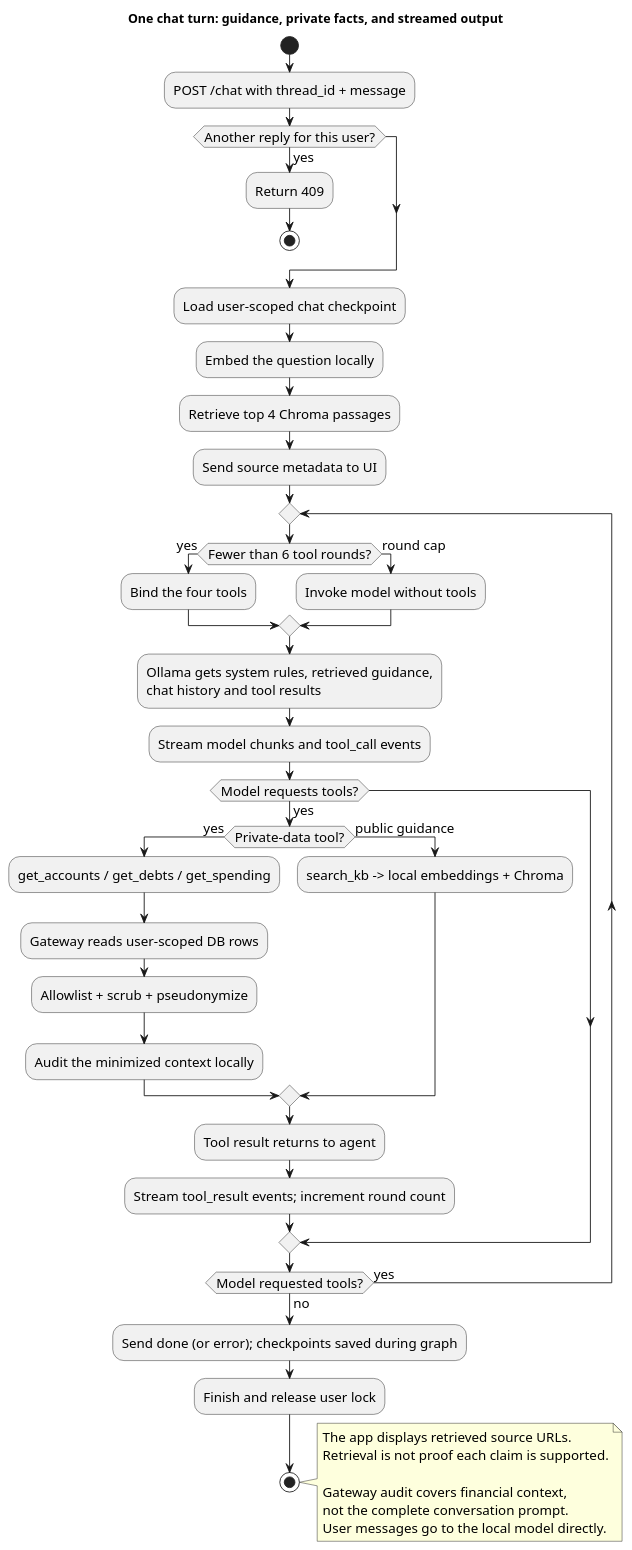
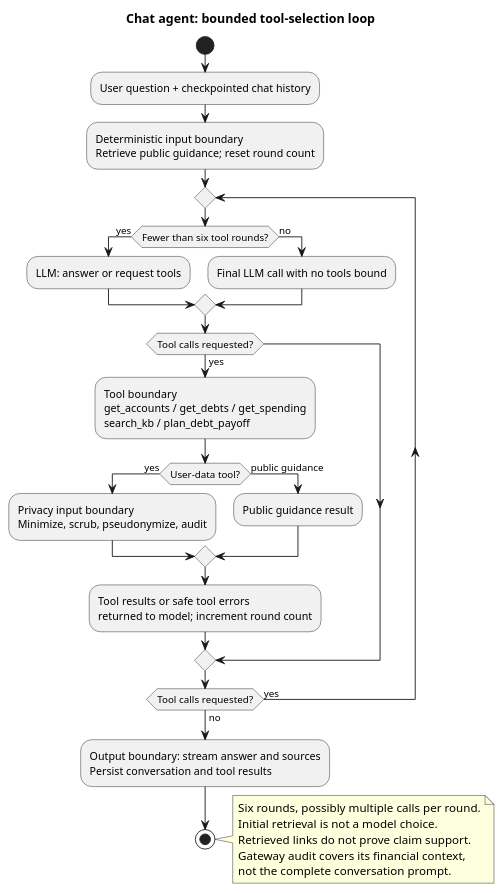
Before and after one commit to Del0m/Agentic-Financial-Dashboard: the diagram in docs/diagrams/chat-flow.puml, drawn with PlantUML. The commit also changed 14 other files, not shown here.

First line of the commit message:
docs: agentic system guide for grading, with updated agent diagrams

```diff
--- a/docs/diagrams/chat-flow.puml
+++ b/docs/diagrams/chat-flow.puml
@@ -1,49 +1,33 @@
 @startuml
-title One chat turn: guidance, private facts, and streamed output
+title Chat agent: bounded tool-selection loop
 skinparam shadowing false
 skinparam defaultFontName SansSerif
-skinparam defaultFontSize 15
 start
-:POST /chat with thread_id + message;
-if (Another reply for this user?) then (yes)
-  :Return 409;
-  stop
-endif
-:Load user-scoped chat checkpoint;
-:Embed the question locally;
-:Retrieve top 4 Chroma passages;
-:Send source metadata to UI;
+:User question + checkpointed chat history;
+:Deterministic input boundary\nRetrieve public guidance; reset round count;
 repeat
-  if (Fewer than 6 tool rounds?) then (yes)
-    :Bind the four tools;
-  else (round cap)
-    :Invoke model without tools;
+  if (Fewer than six tool rounds?) then (yes)
+    :LLM: answer or request tools;
+  else (no)
+    :Final LLM call with no tools bound;
   endif
-  :Ollama gets system rules, retrieved guidance,
-  chat history and tool results;
-  :Stream model chunks and tool_call events;
-  if (Model requests tools?) then (yes)
-    if (Private-data tool?) then (yes)
-      :get_accounts / get_debts / get_spending;
-      :Gateway reads user-scoped DB rows;
-      :Allowlist + scrub + pseudonymize;
-      :Audit the minimized context locally;
+  if (Tool calls requested?) then (yes)
+    :Tool boundary\nget_accounts / get_debts / get_spending\nsearch_kb / plan_debt_payoff;
+    if (User-data tool?) then (yes)
+      :Privacy input boundary\nMinimize, scrub, pseudonymize, audit;
     else (public guidance)
-      :search_kb -> local embeddings + Chroma;
+      :Public guidance result;
     endif
-    :Tool result returns to agent;
-    :Stream tool_result events; increment round count;
+    :Tool results or safe tool errors\nreturned to model; increment round count;
   endif
-repeat while (Model requested tools?) is (yes) not (no)
-:Send done (or error); checkpoints saved during graph;
-:Finish and release user lock;
+repeat while (Tool calls requested?) is (yes) not (no)
+:Output boundary: stream answer and sources\nPersist conversation and tool results;
 stop
 note right
-The app displays retrieved source URLs.
-Retrieval is not proof each claim is supported.
-
-Gateway audit covers financial context,
-not the complete conversation prompt.
-User messages go to the local model directly.
+  Six rounds, possibly multiple calls per round.
+  Initial retrieval is not a model choice.
+  Retrieved links do not prove claim support.
+  Gateway audit covers its financial context,
+  not the complete conversation prompt.
 end note
 @enduml
```
